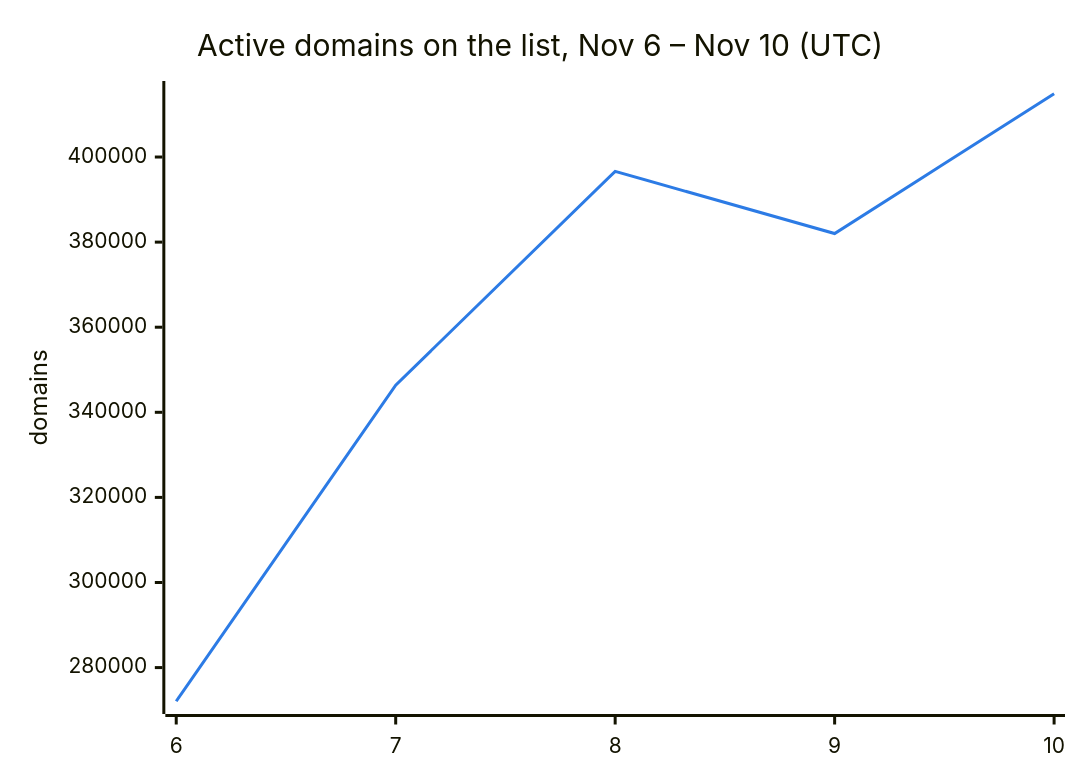
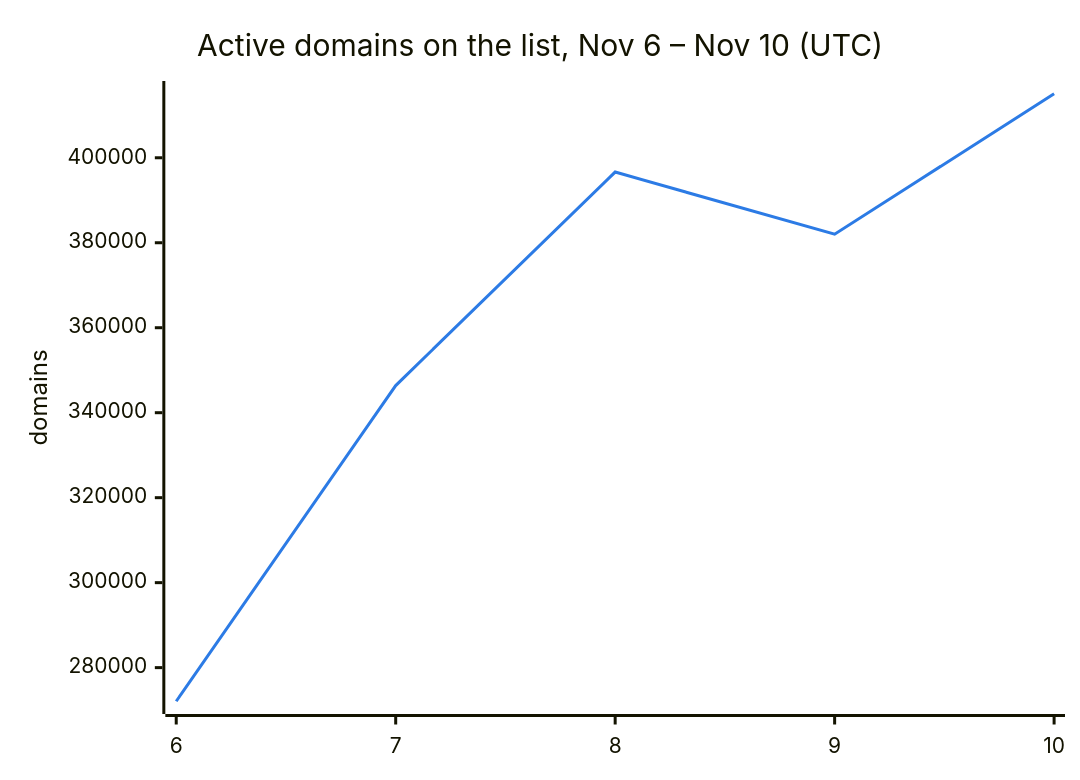
The second of 3 diagrams in README.md (DNSBunker/CTI), drawn with Mermaid before and after one commit. The commit also changed other lines of this file and 3 other files, not shown here.

````diff
--- a/README.md
+++ b/README.md
@@ -38,8 +38,8 @@
 ```mermaid
 %%{init: {"themeVariables": {"xyChart": {"plotColorPalette": "#2c7be5"}}}}%%
 xychart-beta
     title "Active domains on the list, Nov 6 – Nov 10 (UTC)"
     x-axis ["6", "7", "8", "9", "10"]
     y-axis "domains"
-    line [272088, 346388, 396638, 382009, 414871]
+    line [272088, 346388, 396638, 382009, 415067]
 ```
````
